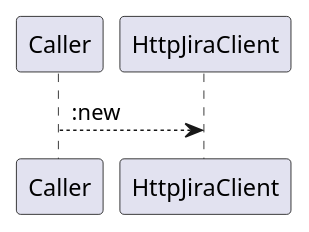
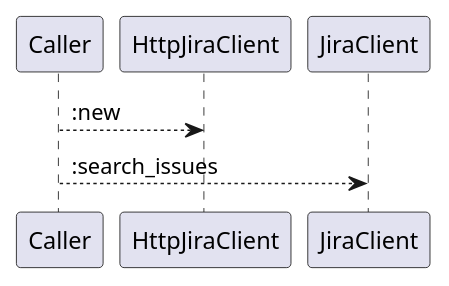
The fifth of 6 diagrams in openwiki/crates_factory_infrastructure_src_jira.md (lgcorzo/rust_CACD_autonomous_factory), drawn with PlantUML before and after one commit. The commit also changed other lines of this file and 96 other files, not shown here.

````diff
--- a/openwiki/crates_factory_infrastructure_src_jira.md
+++ b/openwiki/crates_factory_infrastructure_src_jira.md
@@ -163,6 +192,7 @@
 ```plantuml
 @startuml
 Caller --> HttpJiraClient::new
+Caller --> JiraClient::search_issues
 @enduml
 
 ```
````
